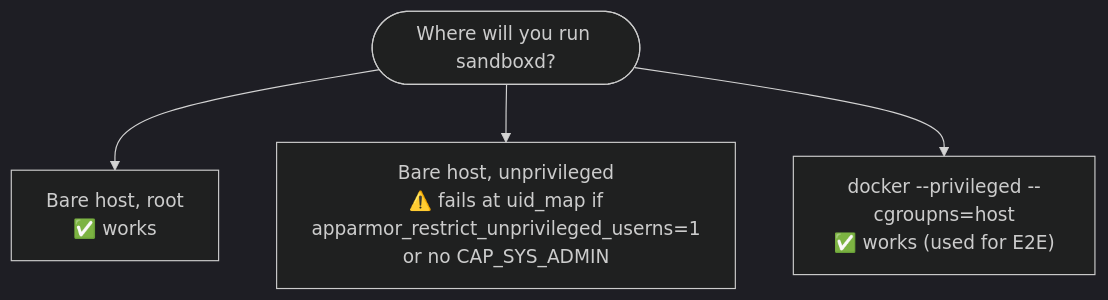
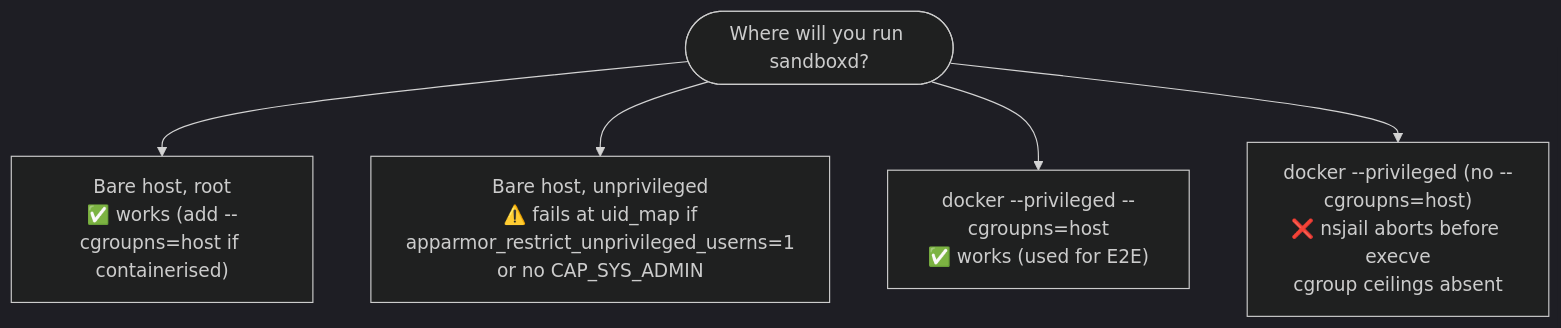
Diagram 13 of 14 in docs/ARCHITECTURE.md (M3-mo2/cloud-service), drawn with Mermaid (dark theme) before and after one commit. The commit also changed other lines of this file and 6 other files, not shown here.

First line of the commit message:
docs: align architecture, spec, API and verification with the fixes

````diff
--- a/docs/ARCHITECTURE.md
+++ b/docs/ARCHITECTURE.md
@@ -549,7 +581,8 @@
 ```mermaid
 flowchart TD
     Q([Where will you run sandboxd?])
-    Q --> A["Bare host, root\n✅ works"]
+    Q --> A["Bare host, root\n✅ works (add --cgroupns=host if containerised)"]
     Q --> B["Bare host, unprivileged\n⚠️ fails at uid_map if\napparmor_restrict_unprivileged_userns=1\nor no CAP_SYS_ADMIN"]
     Q --> C["docker --privileged --cgroupns=host\n✅ works (used for E2E)"]
+    Q --> D["docker --privileged (no --cgroupns=host)\n❌ nsjail aborts before execve\ncgroup ceilings absent"]
 ```
````
